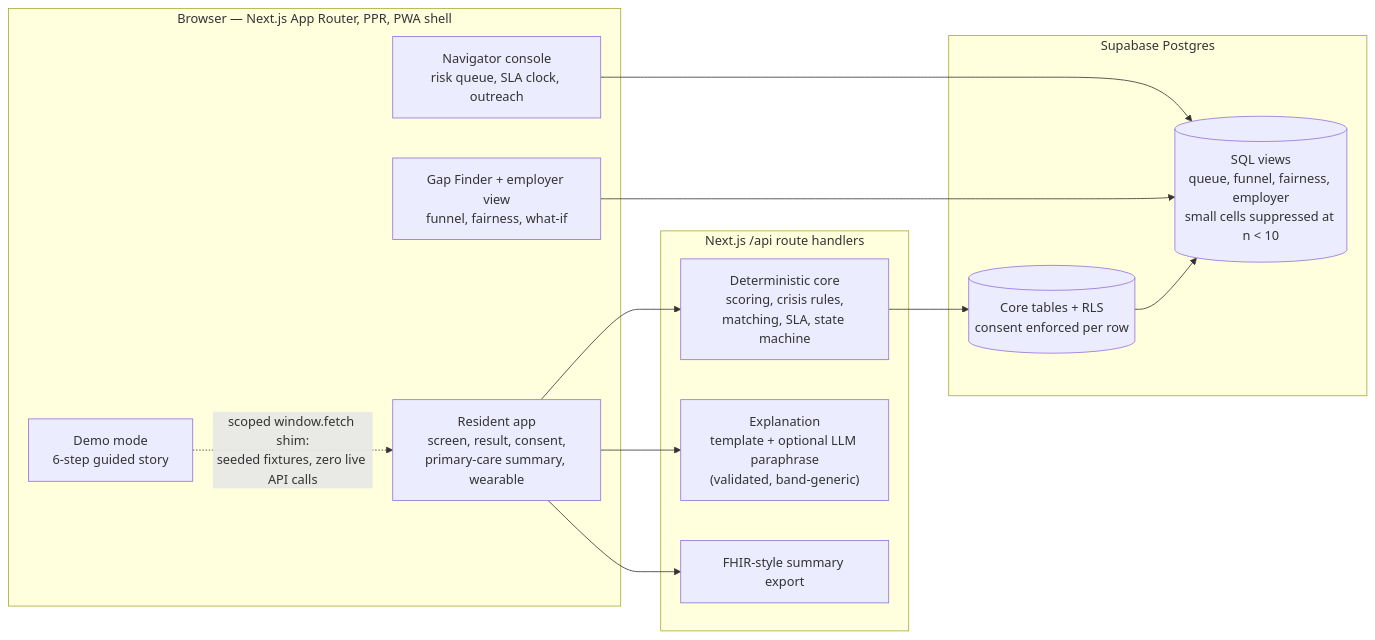
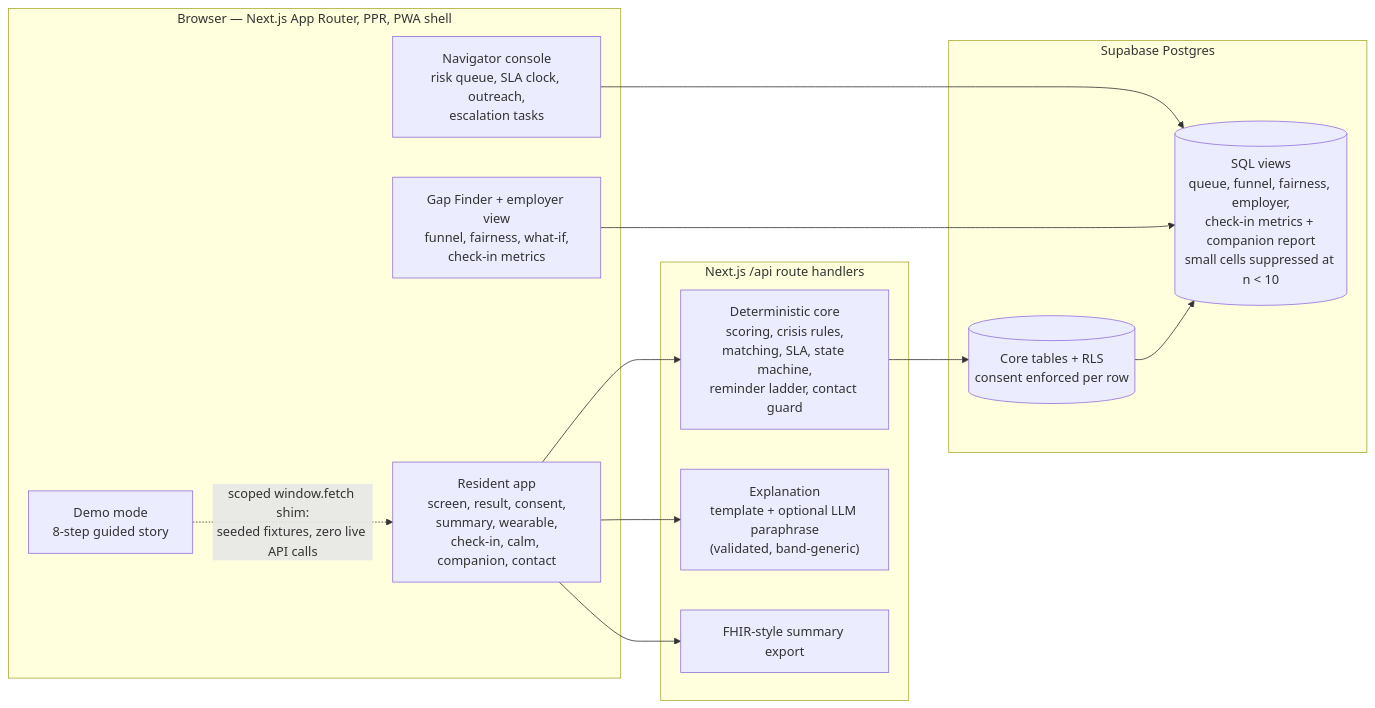
One commit to Sri-Charan-3-1-6/JiSR changed the diagram in README.md. Above: the diagram before and after it, drawn with Mermaid. The commit also changed other lines of this file, not shown here.

````diff
--- a/README.md
+++ b/README.md
@@ -48,26 +49,26 @@
 ```mermaid
 flowchart LR
   subgraph browser["Browser — Next.js App Router, PPR, PWA shell"]
-    res["Resident app<br/>screen, result, consent,<br/>primary-care summary, wearable"]
-    nav["Navigator console<br/>risk queue, SLA clock, outreach"]
-    gap["Gap Finder + employer view<br/>funnel, fairness, what-if"]
-    demo["Demo mode<br/>6-step guided story"]
+    res["Resident app<br/>screen, result, consent,<br/>summary, wearable,<br/>check-in, calm, companion, contact"]
+    nav["Navigator console<br/>risk queue, SLA clock, outreach,<br/>escalation tasks"]
+    gap["Gap Finder + employer view<br/>funnel, fairness, what-if,<br/>check-in metrics"]
+    demo["Demo mode<br/>8-step guided story"]
   end
   subgraph api["Next.js /api route handlers"]
-    det["Deterministic core<br/>scoring, crisis rules,<br/>matching, SLA, state machine"]
+    det["Deterministic core<br/>scoring, crisis rules,<br/>matching, SLA, state machine,<br/>reminder ladder, contact guard"]
     exp["Explanation<br/>template + optional LLM paraphrase<br/>(validated, band-generic)"]
     fhir["FHIR-style summary export"]
   end
   subgraph pg["Supabase Postgres"]
     tables[("Core tables + RLS<br/>consent enforced per row")]
-    views[("SQL views<br/>queue, funnel, fairness, employer<br/>small cells suppressed at n &lt; 10")]
+    views[("SQL views<br/>queue, funnel, fairness, employer,<br/>check-in metrics + companion report<br/>small cells suppressed at n &lt; 10")]
   end
   res --> det
   res --> exp
   res --> fhir
   nav --> views
   gap --> views
   det --> tables
   tables --> views
   demo -. "scoped window.fetch shim:<br/>seeded fixtures, zero live API calls" .-> res
 ```
````
